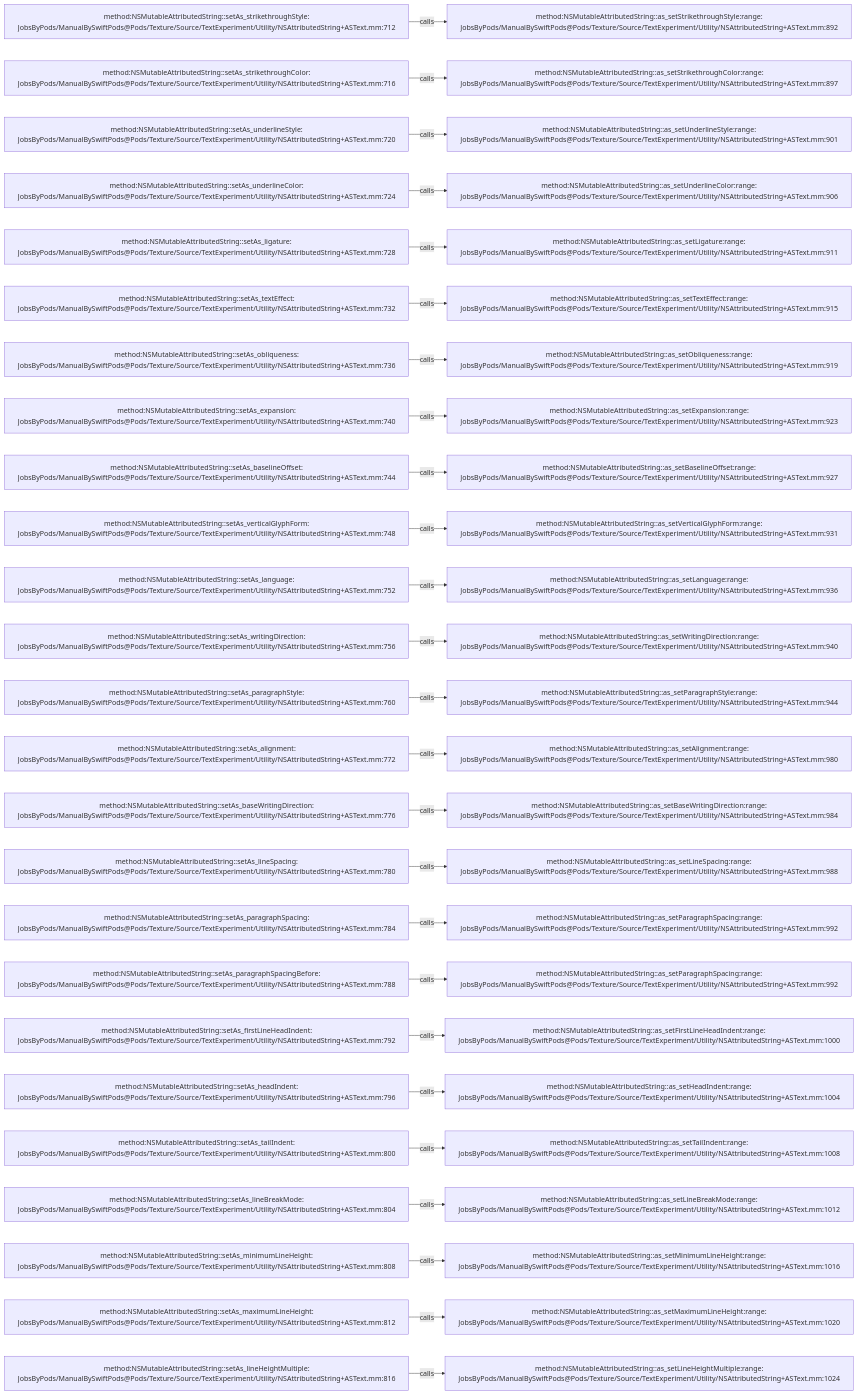
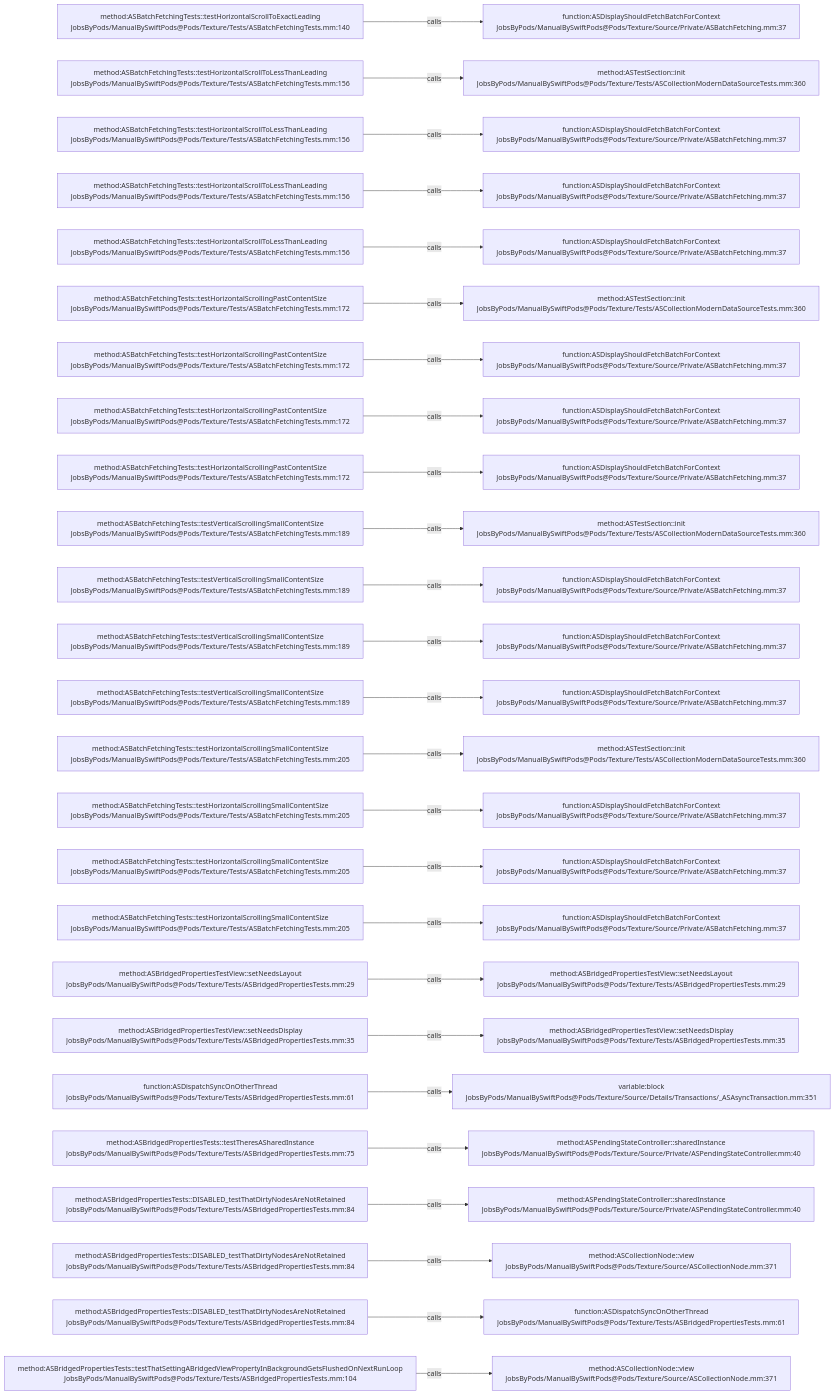
The diagram in .codegraph/codegraph.md/graphs/calls-163.md (JobsKits/JobsSwiftBaseConfigDemo), drawn with Mermaid before and after one commit. The commit also changed 832 other files, not shown here.

````diff
--- a/.codegraph/codegraph.md/graphs/calls-163.md
+++ b/.codegraph/codegraph.md/graphs/calls-163.md
@@ -13,78 +13,78 @@
 ```mermaid
 flowchart LR
-  S1["method:NSMutableAttributedString::setAs_strikethroughStyle:<br/>JobsByPods/ManualBySwiftPods@Pods/Texture/Source/TextExperiment/Utility/NSAttributedString+ASText.mm:712"]
-  T1["method:NSMutableAttributedString::as_setStrikethroughStyle:range:<br/>JobsByPods/ManualBySwiftPods@Pods/Texture/Source/TextExperiment/Utility/NSAttributedString+ASText.mm:892"]
+  S1["method:ASBatchFetchingTests::testHorizontalScrollToExactLeading<br/>JobsByPods/ManualBySwiftPods@Pods/Texture/Tests/ASBatchFetchingTests.mm:140"]
+  T1["function:ASDisplayShouldFetchBatchForContext<br/>JobsByPods/ManualBySwiftPods@Pods/Texture/Source/Private/ASBatchFetching.mm:37"]
   S1 -->|calls| T1
-  S2["method:NSMutableAttributedString::setAs_strikethroughColor:<br/>JobsByPods/ManualBySwiftPods@Pods/Texture/Source/TextExperiment/Utility/NSAttributedString+ASText.mm:716"]
-  T2["method:NSMutableAttributedString::as_setStrikethroughColor:range:<br/>JobsByPods/ManualBySwiftPods@Pods/Texture/Source/TextExperiment/Utility/NSAttributedString+ASText.mm:897"]
+  S2["method:ASBatchFetchingTests::testHorizontalScrollToLessThanLeading<br/>JobsByPods/ManualBySwiftPods@Pods/Texture/Tests/ASBatchFetchingTests.mm:156"]
+  T2["method:ASTestSection::init<br/>JobsByPods/ManualBySwiftPods@Pods/Texture/Tests/ASCollectionModernDataSourceTests.mm:360"]
   S2 -->|calls| T2
-  S3["method:NSMutableAttributedString::setAs_underlineStyle:<br/>JobsByPods/ManualBySwiftPods@Pods/Texture/Source/TextExperiment/Utility/NSAttributedString+ASText.mm:720"]
-  T3["method:NSMutableAttributedString::as_setUnderlineStyle:range:<br/>JobsByPods/ManualBySwiftPods@Pods/Texture/Source/TextExperiment/Utility/NSAttributedString+ASText.mm:901"]
+  S3["method:ASBatchFetchingTests::testHorizontalScrollToLessThanLeading<br/>JobsByPods/ManualBySwiftPods@Pods/Texture/Tests/ASBatchFetchingTests.mm:156"]
+  T3["function:ASDisplayShouldFetchBatchForContext<br/>JobsByPods/ManualBySwiftPods@Pods/Texture/Source/Private/ASBatchFetching.mm:37"]
   S3 -->|calls| T3
-  S4["method:NSMutableAttributedString::setAs_underlineColor:<br/>JobsByPods/ManualBySwiftPods@Pods/Texture/Source/TextExperiment/Utility/NSAttributedString+ASText.mm:724"]
-  T4["method:NSMutableAttributedString::as_setUnderlineColor:range:<br/>JobsByPods/ManualBySwiftPods@Pods/Texture/Source/TextExperiment/Utility/NSAttributedString+ASText.mm:906"]
+  S4["method:ASBatchFetchingTests::testHorizontalScrollToLessThanLeading<br/>JobsByPods/ManualBySwiftPods@Pods/Texture/Tests/ASBatchFetchingTests.mm:156"]
+  T4["function:ASDisplayShouldFetchBatchForContext<br/>JobsByPods/ManualBySwiftPods@Pods/Texture/Source/Private/ASBatchFetching.mm:37"]
   S4 -->|calls| T4
-  S5["method:NSMutableAttributedString::setAs_ligature:<br/>JobsByPods/ManualBySwiftPods@Pods/Texture/Source/TextExperiment/Utility/NSAttributedString+ASText.mm:728"]
-  T5["method:NSMutableAttributedString::as_setLigature:range:<br/>JobsByPods/ManualBySwiftPods@Pods/Texture/Source/TextExperiment/Utility/NSAttributedString+ASText.mm:911"]
+  S5["method:ASBatchFetchingTests::testHorizontalScrollToLessThanLeading<br/>JobsByPods/ManualBySwiftPods@Pods/Texture/Tests/ASBatchFetchingTests.mm:156"]
+  T5["function:ASDisplayShouldFetchBatchForContext<br/>JobsByPods/ManualBySwiftPods@Pods/Texture/Source/Private/ASBatchFetching.mm:37"]
   S5 -->|calls| T5
-  S6["method:NSMutableAttributedString::setAs_textEffect:<br/>JobsByPods/ManualBySwiftPods@Pods/Texture/Source/TextExperiment/Utility/NSAttributedString+ASText.mm:732"]
-  T6["method:NSMutableAttributedString::as_setTextEffect:range:<br/>JobsByPods/ManualBySwiftPods@Pods/Texture/Source/TextExperiment/Utility/NSAttributedString+ASText.mm:915"]
+  S6["method:ASBatchFetchingTests::testHorizontalScrollingPastContentSize<br/>JobsByPods/ManualBySwiftPods@Pods/Texture/Tests/ASBatchFetchingTests.mm:172"]
+  T6["method:ASTestSection::init<br/>JobsByPods/ManualBySwiftPods@Pods/Texture/Tests/ASCollectionModernDataSourceTests.mm:360"]
   S6 -->|calls| T6
-  S7["method:NSMutableAttributedString::setAs_obliqueness:<br/>JobsByPods/ManualBySwiftPods@Pods/Texture/Source/TextExperiment/Utility/NSAttributedString+ASText.mm:736"]
-  T7["method:NSMutableAttributedString::as_setObliqueness:range:<br/>JobsByPods/ManualBySwiftPods@Pods/Texture/Source/TextExperiment/Utility/NSAttributedString+ASText.mm:919"]
+  S7["method:ASBatchFetchingTests::testHorizontalScrollingPastContentSize<br/>JobsByPods/ManualBySwiftPods@Pods/Texture/Tests/ASBatchFetchingTests.mm:172"]
+  T7["function:ASDisplayShouldFetchBatchForContext<br/>JobsByPods/ManualBySwiftPods@Pods/Texture/Source/Private/ASBatchFetching.mm:37"]
   S7 -->|calls| T7
-  S8["method:NSMutableAttributedString::setAs_expansion:<br/>JobsByPods/ManualBySwiftPods@Pods/Texture/Source/TextExperiment/Utility/NSAttributedString+ASText.mm:740"]
-  T8["method:NSMutableAttributedString::as_setExpansion:range:<br/>JobsByPods/ManualBySwiftPods@Pods/Texture/Source/TextExperiment/Utility/NSAttributedString+ASText.mm:923"]
+  S8["method:ASBatchFetchingTests::testHorizontalScrollingPastContentSize<br/>JobsByPods/ManualBySwiftPods@Pods/Texture/Tests/ASBatchFetchingTests.mm:172"]
+  T8["function:ASDisplayShouldFetchBatchForContext<br/>JobsByPods/ManualBySwiftPods@Pods/Texture/Source/Private/ASBatchFetching.mm:37"]
   S8 -->|calls| T8
-  S9["method:NSMutableAttributedString::setAs_baselineOffset:<br/>JobsByPods/ManualBySwiftPods@Pods/Texture/Source/TextExperiment/Utility/NSAttributedString+ASText.mm:744"]
-  T9["method:NSMutableAttributedString::as_setBaselineOffset:range:<br/>JobsByPods/ManualBySwiftPods@Pods/Texture/Source/TextExperiment/Utility/NSAttributedString+ASText.mm:927"]
+  S9["method:ASBatchFetchingTests::testHorizontalScrollingPastContentSize<br/>JobsByPods/ManualBySwiftPods@Pods/Texture/Tests/ASBatchFetchingTests.mm:172"]
+  T9["function:ASDisplayShouldFetchBatchForContext<br/>JobsByPods/ManualBySwiftPods@Pods/Texture/Source/Private/ASBatchFetching.mm:37"]
   S9 -->|calls| T9
-  S10["method:NSMutableAttributedString::setAs_verticalGlyphForm:<br/>JobsByPods/ManualBySwiftPods@Pods/Texture/Source/TextExperiment/Utility/NSAttributedString+ASText.mm:748"]
-  T10["method:NSMutableAttributedString::as_setVerticalGlyphForm:range:<br/>JobsByPods/ManualBySwiftPods@Pods/Texture/Source/TextExperiment/Utility/NSAttributedString+ASText.mm:931"]
+  S10["method:ASBatchFetchingTests::testVerticalScrollingSmallContentSize<br/>JobsByPods/ManualBySwiftPods@Pods/Texture/Tests/ASBatchFetchingTests.mm:189"]
+  T10["method:ASTestSection::init<br/>JobsByPods/ManualBySwiftPods@Pods/Texture/Tests/ASCollectionModernDataSourceTests.mm:360"]
   S10 -->|calls| T10
-  S11["method:NSMutableAttributedString::setAs_language:<br/>JobsByPods/ManualBySwiftPods@Pods/Texture/Source/TextExperiment/Utility/NSAttributedString+ASText.mm:752"]
-  T11["method:NSMutableAttributedString::as_setLanguage:range:<br/>JobsByPods/ManualBySwiftPods@Pods/Texture/Source/TextExperiment/Utility/NSAttributedString+ASText.mm:936"]
+  S11["method:ASBatchFetchingTests::testVerticalScrollingSmallContentSize<br/>JobsByPods/ManualBySwiftPods@Pods/Texture/Tests/ASBatchFetchingTests.mm:189"]
+  T11["function:ASDisplayShouldFetchBatchForContext<br/>JobsByPods/ManualBySwiftPods@Pods/Texture/Source/Private/ASBatchFetching.mm:37"]
   S11 -->|calls| T11
-  S12["method:NSMutableAttributedString::setAs_writingDirection:<br/>JobsByPods/ManualBySwiftPods@Pods/Texture/Source/TextExperiment/Utility/NSAttributedString+ASText.mm:756"]
-  T12["method:NSMutableAttributedString::as_setWritingDirection:range:<br/>JobsByPods/ManualBySwiftPods@Pods/Texture/Source/TextExperiment/Utility/NSAttributedString+ASText.mm:940"]
+  S12["method:ASBatchFetchingTests::testVerticalScrollingSmallContentSize<br/>JobsByPods/ManualBySwiftPods@Pods/Texture/Tests/ASBatchFetchingTests.mm:189"]
+  T12["function:ASDisplayShouldFetchBatchForContext<br/>JobsByPods/ManualBySwiftPods@Pods/Texture/Source/Private/ASBatchFetching.mm:37"]
   S12 -->|calls| T12
-  S13["method:NSMutableAttributedString::setAs_paragraphStyle:<br/>JobsByPods/ManualBySwiftPods@Pods/Texture/Source/TextExperiment/Utility/NSAttributedString+ASText.mm:760"]
-  T13["method:NSMutableAttributedString::as_setParagraphStyle:range:<br/>JobsByPods/ManualBySwiftPods@Pods/Texture/Source/TextExperiment/Utility/NSAttributedString+ASText.mm:944"]
+  S13["method:ASBatchFetchingTests::testVerticalScrollingSmallContentSize<br/>JobsByPods/ManualBySwiftPods@Pods/Texture/Tests/ASBatchFetchingTests.mm:189"]
+  T13["function:ASDisplayShouldFetchBatchForContext<br/>JobsByPods/ManualBySwiftPods@Pods/Texture/Source/Private/ASBatchFetching.mm:37"]
   S13 -->|calls| T13
-  S14["method:NSMutableAttributedString::setAs_alignment:<br/>JobsByPods/ManualBySwiftPods@Pods/Texture/Source/TextExperiment/Utility/NSAttributedString+ASText.mm:772"]
-  T14["method:NSMutableAttributedString::as_setAlignment:range:<br/>JobsByPods/ManualBySwiftPods@Pods/Texture/Source/TextExperiment/Utility/NSAttributedString+ASText.mm:980"]
+  S14["method:ASBatchFetchingTests::testHorizontalScrollingSmallContentSize<br/>JobsByPods/ManualBySwiftPods@Pods/Texture/Tests/ASBatchFetchingTests.mm:205"]
+  T14["method:ASTestSection::init<br/>JobsByPods/ManualBySwiftPods@Pods/Texture/Tests/ASCollectionModernDataSourceTests.mm:360"]
   S14 -->|calls| T14
-  S15["method:NSMutableAttributedString::setAs_baseWritingDirection:<br/>JobsByPods/ManualBySwiftPods@Pods/Texture/Source/TextExperiment/Utility/NSAttributedString+ASText.mm:776"]
-  T15["method:NSMutableAttributedString::as_setBaseWritingDirection:range:<br/>JobsByPods/ManualBySwiftPods@Pods/Texture/Source/TextExperiment/Utility/NSAttributedString+ASText.mm:984"]
+  S15["method:ASBatchFetchingTests::testHorizontalScrollingSmallContentSize<br/>JobsByPods/ManualBySwiftPods@Pods/Texture/Tests/ASBatchFetchingTests.mm:205"]
+  T15["function:ASDisplayShouldFetchBatchForContext<br/>JobsByPods/ManualBySwiftPods@Pods/Texture/Source/Private/ASBatchFetching.mm:37"]
   S15 -->|calls| T15
-  S16["method:NSMutableAttributedString::setAs_lineSpacing:<br/>JobsByPods/ManualBySwiftPods@Pods/Texture/Source/TextExperiment/Utility/NSAttributedString+ASText.mm:780"]
-  T16["method:NSMutableAttributedString::as_setLineSpacing:range:<br/>JobsByPods/ManualBySwiftPods@Pods/Texture/Source/TextExperiment/Utility/NSAttributedString+ASText.mm:988"]
+  S16["method:ASBatchFetchingTests::testHorizontalScrollingSmallContentSize<br/>JobsByPods/ManualBySwiftPods@Pods/Texture/Tests/ASBatchFetchingTests.mm:205"]
+  T16["function:ASDisplayShouldFetchBatchForContext<br/>JobsByPods/ManualBySwiftPods@Pods/Texture/Source/Private/ASBatchFetching.mm:37"]
   S16 -->|calls| T16
-  S17["method:NSMutableAttributedString::setAs_paragraphSpacing:<br/>JobsByPods/ManualBySwiftPods@Pods/Texture/Source/TextExperiment/Utility/NSAttributedString+ASText.mm:784"]
-  T17["method:NSMutableAttributedString::as_setParagraphSpacing:range:<br/>JobsByPods/ManualBySwiftPods@Pods/Texture/Source/TextExperiment/Utility/NSAttributedString+ASText.mm:992"]
+  S17["method:ASBatchFetchingTests::testHorizontalScrollingSmallContentSize<br/>JobsByPods/ManualBySwiftPods@Pods/Texture/Tests/ASBatchFetchingTests.mm:205"]
+  T17["function:ASDisplayShouldFetchBatchForContext<br/>JobsByPods/ManualBySwiftPods@Pods/Texture/Source/Private/ASBatchFetching.mm:37"]
   S17 -->|calls| T17
-  S18["method:NSMutableAttributedString::setAs_paragraphSpacingBefore:<br/>JobsByPods/ManualBySwiftPods@Pods/Texture/Source/TextExperiment/Utility/NSAttributedString+ASText.mm:788"]
-  T18["method:NSMutableAttributedString::as_setParagraphSpacing:range:<br/>JobsByPods/ManualBySwiftPods@Pods/Texture/Source/TextExperiment/Utility/NSAttributedString+ASText.mm:992"]
+  S18["method:ASBridgedPropertiesTestView::setNeedsLayout<br/>JobsByPods/ManualBySwiftPods@Pods/Texture/Tests/ASBridgedPropertiesTests.mm:29"]
+  T18["method:ASBridgedPropertiesTestView::setNeedsLayout<br/>JobsByPods/ManualBySwiftPods@Pods/Texture/Tests/ASBridgedPropertiesTests.mm:29"]
   S18 -->|calls| T18
-  S19["method:NSMutableAttributedString::setAs_firstLineHeadIndent:<br/>JobsByPods/ManualBySwiftPods@Pods/Texture/Source/TextExperiment/Utility/NSAttributedString+ASText.mm:792"]
-  T19["method:NSMutableAttributedString::as_setFirstLineHeadIndent:range:<br/>JobsByPods/ManualBySwiftPods@Pods/Texture/Source/TextExperiment/Utility/NSAttributedString+ASText.mm:1000"]
+  S19["method:ASBridgedPropertiesTestView::setNeedsDisplay<br/>JobsByPods/ManualBySwiftPods@Pods/Texture/Tests/ASBridgedPropertiesTests.mm:35"]
+  T19["method:ASBridgedPropertiesTestView::setNeedsDisplay<br/>JobsByPods/ManualBySwiftPods@Pods/Texture/Tests/ASBridgedPropertiesTests.mm:35"]
   S19 -->|calls| T19
-  S20["method:NSMutableAttributedString::setAs_headIndent:<br/>JobsByPods/ManualBySwiftPods@Pods/Texture/Source/TextExperiment/Utility/NSAttributedString+ASText.mm:796"]
-  T20["method:NSMutableAttributedString::as_setHeadIndent:range:<br/>JobsByPods/ManualBySwiftPods@Pods/Texture/Source/TextExperiment/Utility/NSAttributedString+ASText.mm:1004"]
+  S20["function:ASDispatchSyncOnOtherThread<br/>JobsByPods/ManualBySwiftPods@Pods/Texture/Tests/ASBridgedPropertiesTests.mm:61"]
+  T20["variable:block<br/>JobsByPods/ManualBySwiftPods@Pods/Texture/Source/Details/Transactions/_ASAsyncTransaction.mm:351"]
   S20 -->|calls| T20
-  S21["method:NSMutableAttributedString::setAs_tailIndent:<br/>JobsByPods/ManualBySwiftPods@Pods/Texture/Source/TextExperiment/Utility/NSAttributedString+ASText.mm:800"]
-  T21["method:NSMutableAttributedString::as_setTailIndent:range:<br/>JobsByPods/ManualBySwiftPods@Pods/Texture/Source/TextExperiment/Utility/NSAttributedString+ASText.mm:1008"]
+  S21["method:ASBridgedPropertiesTests::testTheresASharedInstance<br/>JobsByPods/ManualBySwiftPods@Pods/Texture/Tests/ASBridgedPropertiesTests.mm:75"]
+  T21["method:ASPendingStateController::sharedInstance<br/>JobsByPods/ManualBySwiftPods@Pods/Texture/Source/Private/ASPendingStateController.mm:40"]
   S21 -->|calls| T21
-  S22["method:NSMutableAttributedString::setAs_lineBreakMode:<br/>JobsByPods/ManualBySwiftPods@Pods/Texture/Source/TextExperiment/Utility/NSAttributedString+ASText.mm:804"]
-  T22["method:NSMutableAttributedString::as_setLineBreakMode:range:<br/>JobsByPods/ManualBySwiftPods@Pods/Texture/Source/TextExperiment/Utility/NSAttributedString+ASText.mm:1012"]
+  S22["method:ASBridgedPropertiesTests::DISABLED_testThatDirtyNodesAreNotRetained<br/>JobsByPods/ManualBySwiftPods@Pods/Texture/Tests/ASBridgedPropertiesTests.mm:84"]
+  T22["method:ASPendingStateController::sharedInstance<br/>JobsByPods/ManualBySwiftPods@Pods/Texture/Source/Private/ASPendingStateController.mm:40"]
   S22 -->|calls| T22
-  S23["method:NSMutableAttributedString::setAs_minimumLineHeight:<br/>JobsByPods/ManualBySwiftPods@Pods/Texture/Source/TextExperiment/Utility/NSAttributedString+ASText.mm:808"]
-  T23["method:NSMutableAttributedString::as_setMinimumLineHeight:range:<br/>JobsByPods/ManualBySwiftPods@Pods/Texture/Source/TextExperiment/Utility/NSAttributedString+ASText.mm:1016"]
+  S23["method:ASBridgedPropertiesTests::DISABLED_testThatDirtyNodesAreNotRetained<br/>JobsByPods/ManualBySwiftPods@Pods/Texture/Tests/ASBridgedPropertiesTests.mm:84"]
+  T23["method:ASCollectionNode::view<br/>JobsByPods/ManualBySwiftPods@Pods/Texture/Source/ASCollectionNode.mm:371"]
   S23 -->|calls| T23
-  S24["method:NSMutableAttributedString::setAs_maximumLineHeight:<br/>JobsByPods/ManualBySwiftPods@Pods/Texture/Source/TextExperiment/Utility/NSAttributedString+ASText.mm:812"]
-  T24["method:NSMutableAttributedString::as_setMaximumLineHeight:range:<br/>JobsByPods/ManualBySwiftPods@Pods/Texture/Source/TextExperiment/Utility/NSAttributedString+ASText.mm:1020"]
+  S24["method:ASBridgedPropertiesTests::DISABLED_testThatDirtyNodesAreNotRetained<br/>JobsByPods/ManualBySwiftPods@Pods/Texture/Tests/ASBridgedPropertiesTests.mm:84"]
+  T24["function:ASDispatchSyncOnOtherThread<br/>JobsByPods/ManualBySwiftPods@Pods/Texture/Tests/ASBridgedPropertiesTests.mm:61"]
   S24 -->|calls| T24
-  S25["method:NSMutableAttributedString::setAs_lineHeightMultiple:<br/>JobsByPods/ManualBySwiftPods@Pods/Texture/Source/TextExperiment/Utility/NSAttributedString+ASText.mm:816"]
-  T25["method:NSMutableAttributedString::as_setLineHeightMultiple:range:<br/>JobsByPods/ManualBySwiftPods@Pods/Texture/Source/TextExperiment/Utility/NSAttributedString+ASText.mm:1024"]
+  S25["method:ASBridgedPropertiesTests::testThatSettingABridgedViewPropertyInBackgroundGetsFlushedOnNextRunLoop<br/>JobsByPods/ManualBySwiftPods@Pods/Texture/Tests/ASBridgedPropertiesTests.mm:104"]
+  T25["method:ASCollectionNode::view<br/>JobsByPods/ManualBySwiftPods@Pods/Texture/Source/ASCollectionNode.mm:371"]
   S25 -->|calls| T25
 ```
````
